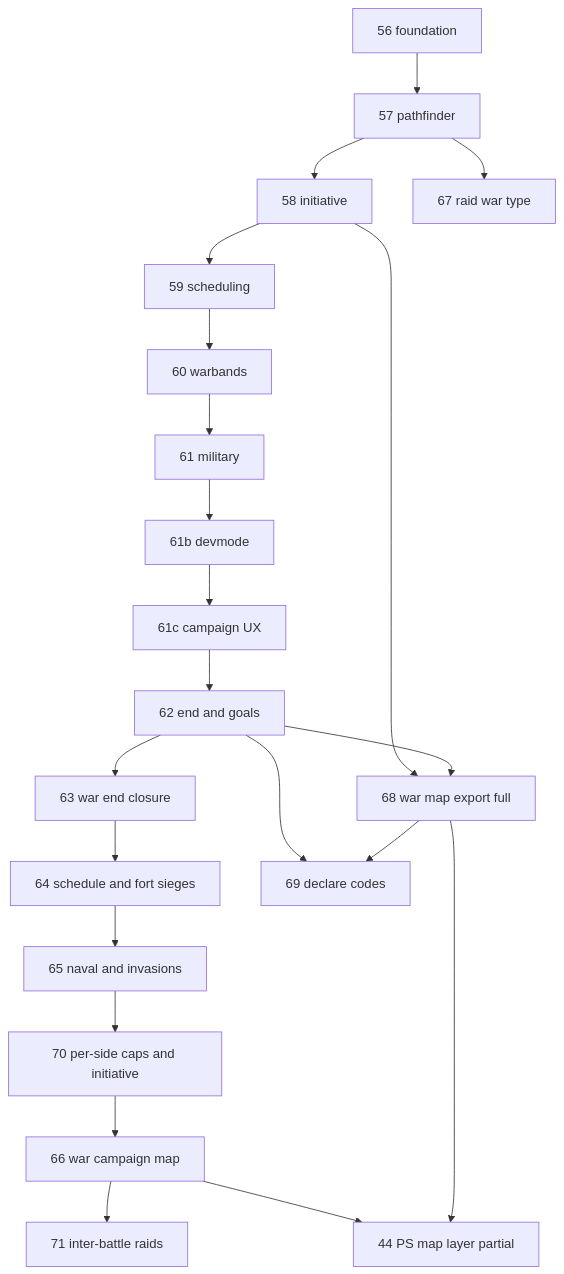
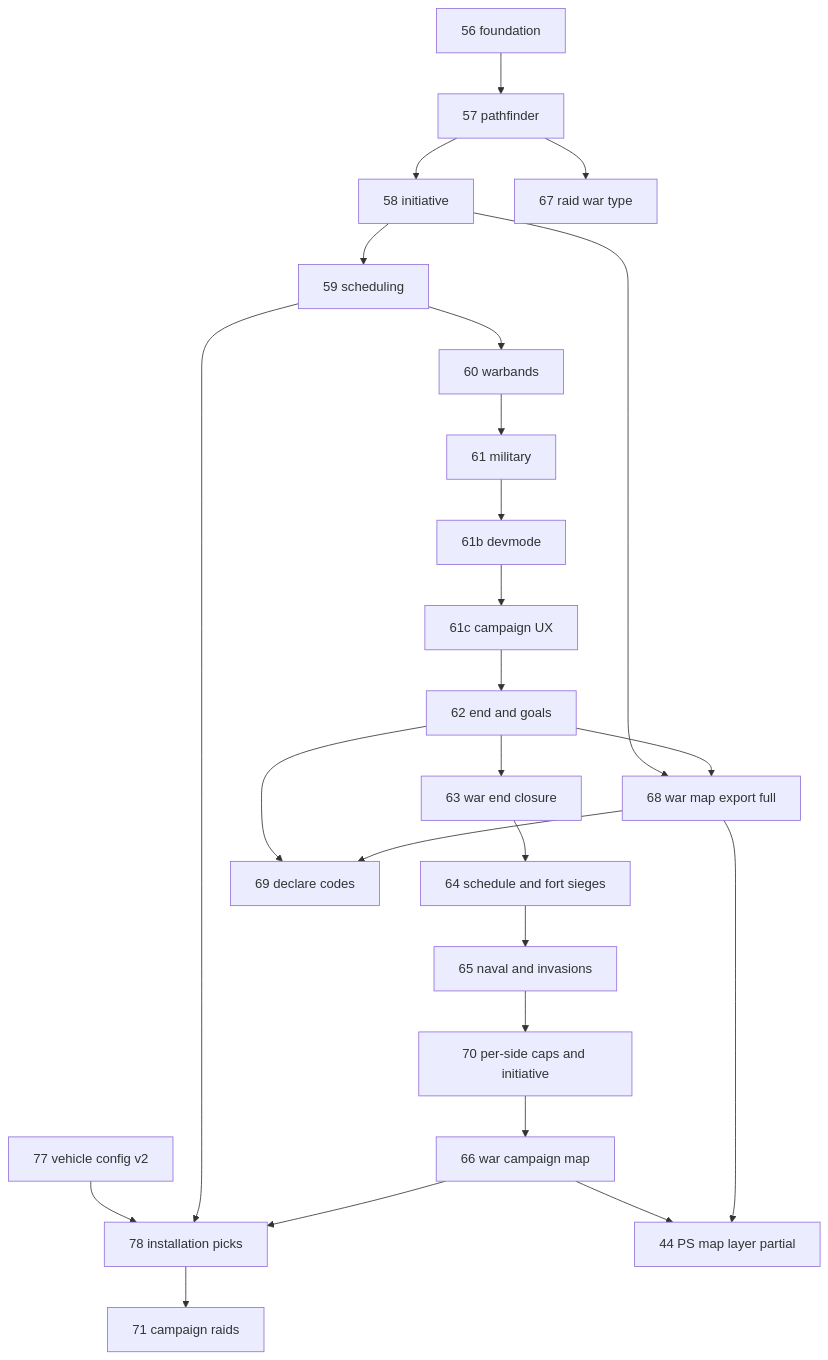
Before and after one commit to Drefvelin/ProvinceSystem: the diagram in Planning/war-build-order.md, drawn with Mermaid. The commit also changed other lines of this file and 58 other files, not shown here.

````diff
--- a/Planning/war-build-order.md
+++ b/Planning/war-build-order.md
@@ -41,24 +43,27 @@
 ```mermaid
 flowchart TB
   s56[56 foundation] --> s57[57 pathfinder]
   s57 --> s58[58 initiative]
   s58 --> s59[59 scheduling]
   s59 --> s60[60 warbands]
   s60 --> s61[61 military]
   s61 --> s61b[61b devmode]
   s61b --> s61c[61c campaign UX]
   s61c --> s62[62 end and goals]
   s62 --> s63[63 war end closure]
   s63 --> s64[64 schedule and fort sieges]
   s64 --> s65[65 naval and invasions]
   s65 --> s70[70 per-side caps and initiative]
   s70 --> s66[66 war campaign map]
-  s66 --> s71[71 inter-battle raids]
+  s77[77 vehicle config v2] --> s78[78 installation picks]
+  s59 --> s78
+  s66 --> s78
+  s78 --> s71[71 campaign raids]
   s57 --> s67[67 raid war type]
   s58 --> s68[68 war map export full]
   s62 --> s68
   s66 --> s44[44 PS map layer partial]
   s68 --> s44
   s62 --> s69[69 declare codes]
   s68 --> s69
 ```
````
